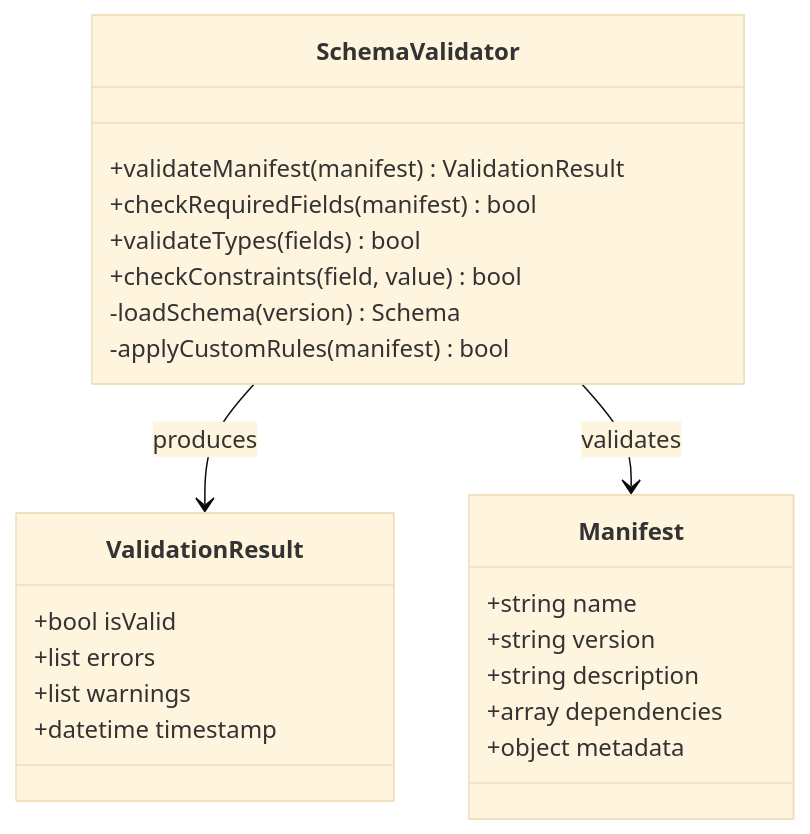
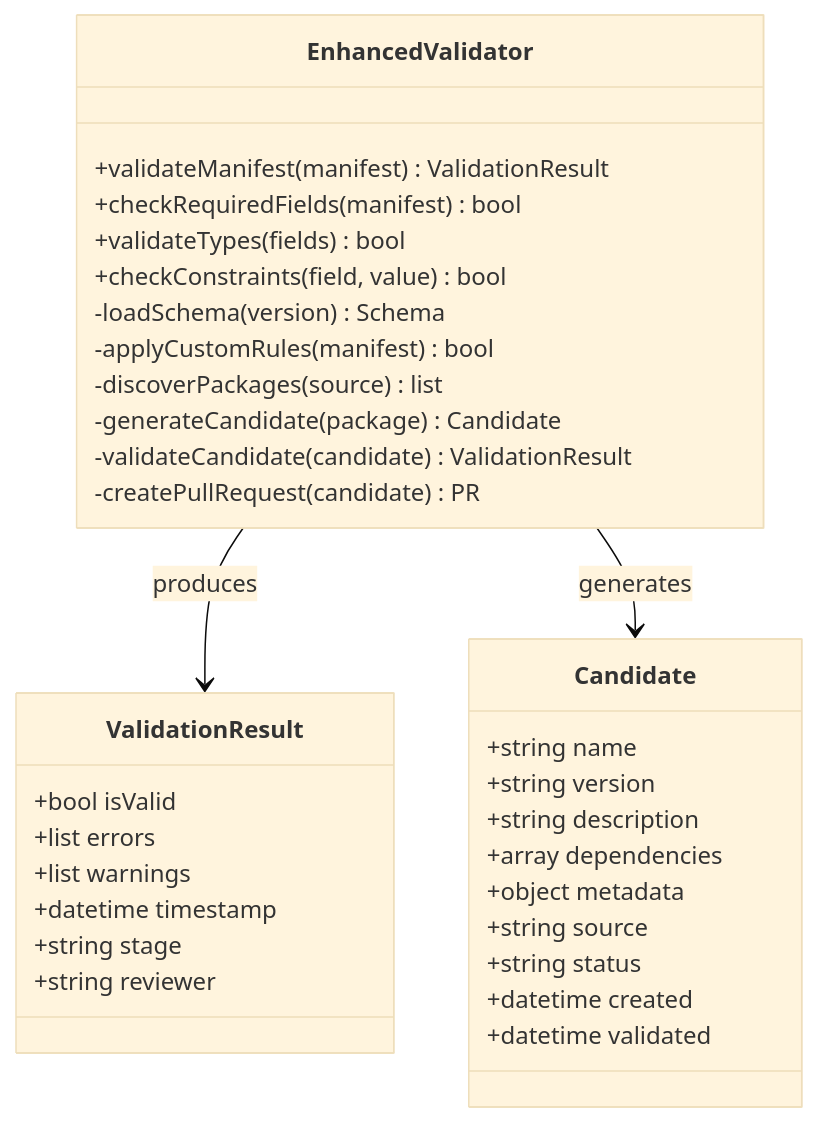
One commit to tonythethompson/numan-registry changed the fourth of 5 diagrams in .qoder/repowiki/en/content/Registry Operations/Intake Candidates.md. Above: the diagram before and after it, drawn with Mermaid (base theme). The commit also changed other lines of this file and 37 other files, not shown here.

Commit message:
Add CLAUDE.md, expand backlog schema, update docs

````diff
--- a/.qoder/repowiki/en/content/Registry Operations/Intake Candidates.md
+++ b/.qoder/repowiki/en/content/Registry Operations/Intake Candidates.md
@@ -219,28 +332,36 @@
 ```mermaid
-
 classDiagram
-class SchemaValidator {
+class EnhancedValidator {
 +validateManifest(manifest) ValidationResult
 +checkRequiredFields(manifest) bool
 +validateTypes(fields) bool
 +checkConstraints(field, value) bool
 -loadSchema(version) Schema
 -applyCustomRules(manifest) bool
+-discoverPackages(source) list
+-generateCandidate(package) Candidate
+-validateCandidate(candidate) ValidationResult
+-createPullRequest(candidate) PR
 }
 class ValidationResult {
 +bool isValid
 +list errors
 +list warnings
 +datetime timestamp
++string stage
++string reviewer
 }
-class Manifest {
+class Candidate {
 +string name
 +string version
 +string description
 +array dependencies
 +object metadata
++string source
++string status
++datetime created
++datetime validated
 }
-SchemaValidator --> ValidationResult : produces
-SchemaValidator --> Manifest : validates
-
+EnhancedValidator --> ValidationResult : produces
+EnhancedValidator --> Candidate : generates
 ```
````
